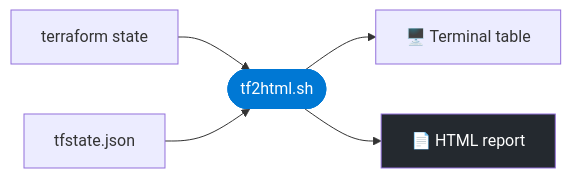
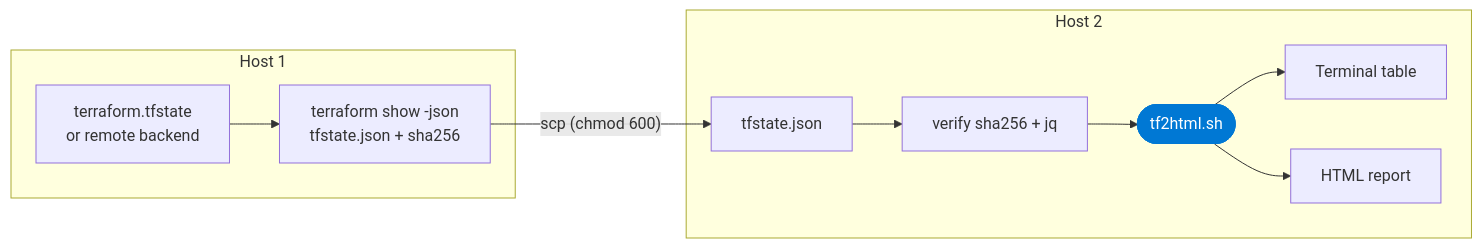
The diagram in tf2html_readme.md (svuillaume/cnapp_az), drawn with Mermaid before and after one commit. The commit also changed other lines of this file, not shown here.

````diff
--- a/tf2html_readme.md
+++ b/tf2html_readme.md
@@ -23,10 +28,15 @@
 ```mermaid
 flowchart LR
-    A["terraform state"] --> B(["tf2html.sh"])
-    C["tfstate.json"] --> B
-    B --> D["🖥️ Terminal table"]
-    B --> E["📄 HTML report"]
+    subgraph H1["Host 1"]
+        A["terraform.tfstate<br/>or remote backend"] --> B["terraform show -json<br/>tfstate.json + sha256"]
+    end
+    B -->|"scp (chmod 600)"| C
+    subgraph H2["Host 2"]
+        C["tfstate.json"] --> D["verify sha256 + jq"]
+        D --> E(["tf2html.sh"])
+        E --> F["Terminal table"]
+        E --> G["HTML report"]
+    end
 
-    style B fill:#0078D4,color:#fff,stroke:#0078D4
-    style E fill:#24292f,color:#fff
+    style E fill:#0078D4,color:#fff,stroke:#0078D4
 ```
````
